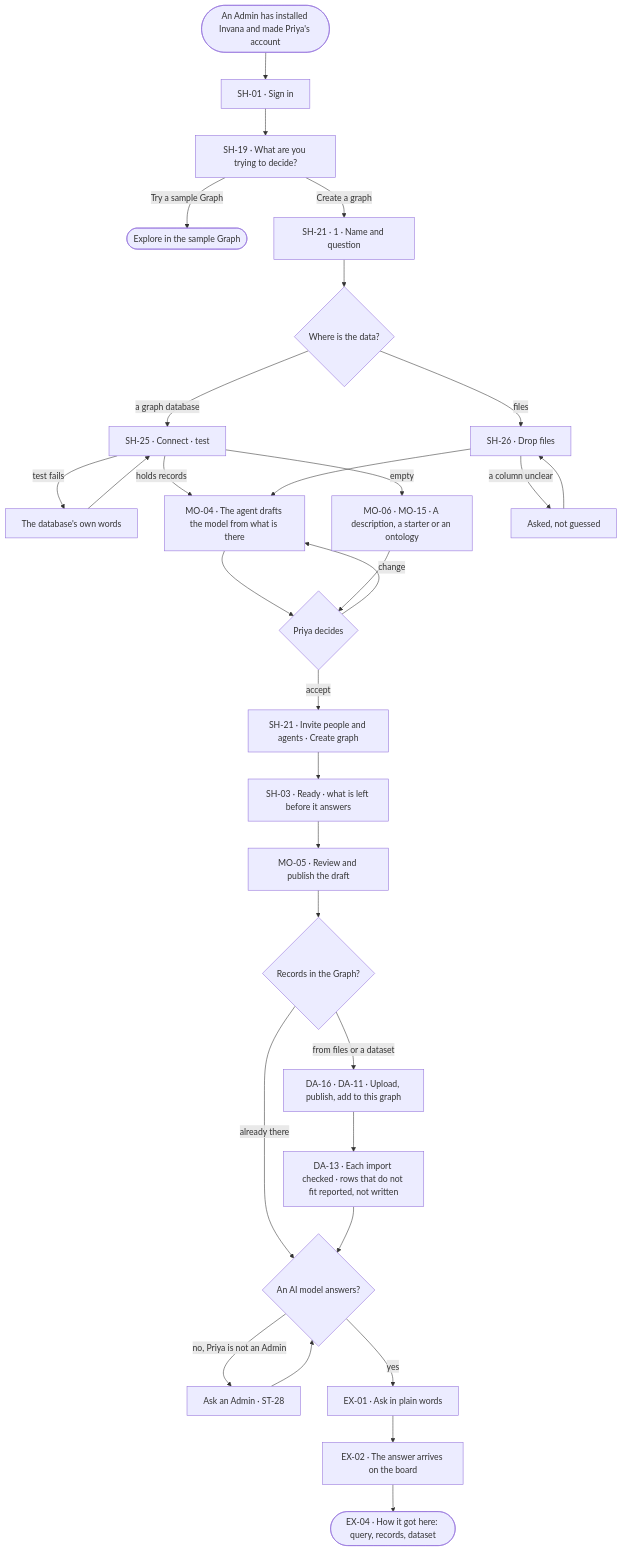
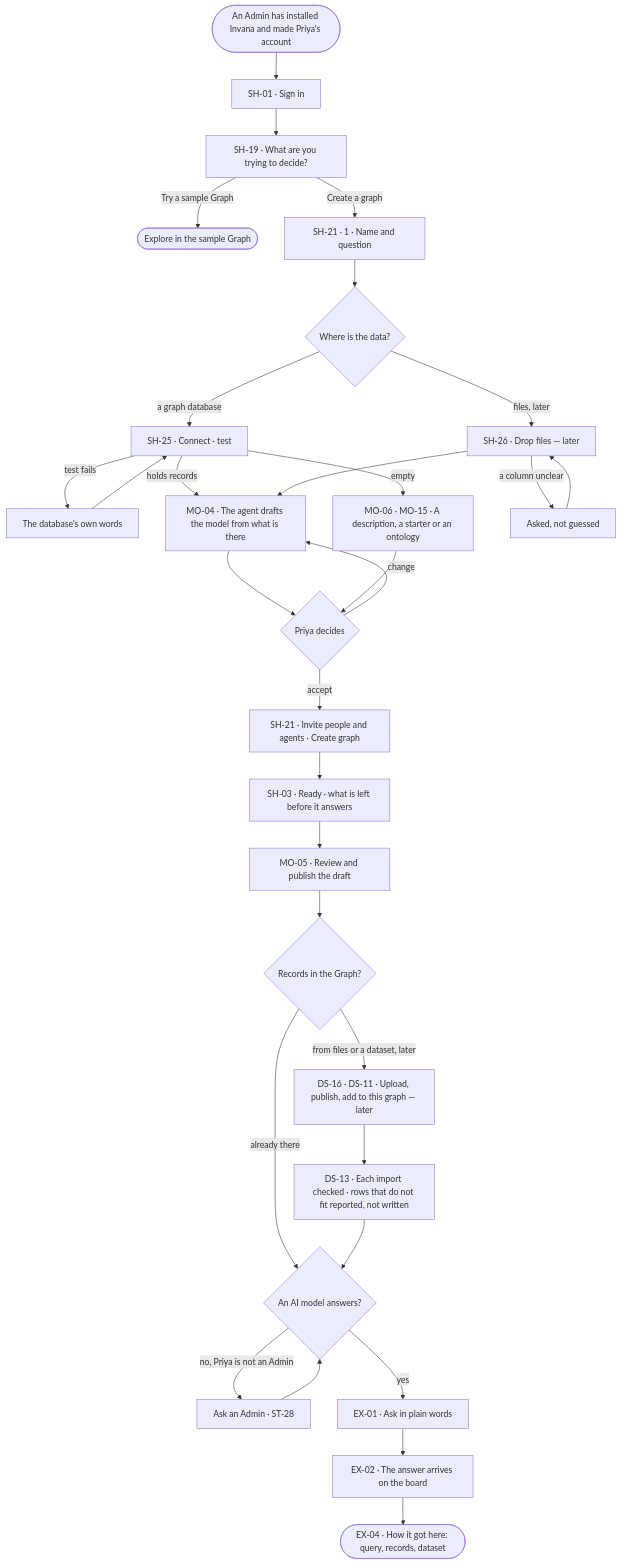
One commit to invana/invana changed the diagram in specs/journeys/J01-from-an-empty-install-to-a-first-answer.md. Above: the diagram before and after it, drawn with Mermaid. The commit also changed other lines of this file and 425 other files, not shown here.

````diff
--- a/specs/journeys/J01-from-an-empty-install-to-a-first-answer.md
+++ b/specs/journeys/J01-from-an-empty-install-to-a-first-answer.md
@@ -16,30 +16,30 @@
 ```mermaid
 flowchart TD
   A([An Admin has installed Invana and made Priya's account]) --> B["SH-01 · Sign in"]
   B --> C["SH-19 · What are you trying to decide?"]
   C -->|Try a sample Graph| SG(["Explore in the sample Graph"])
   C -->|Create a graph| D["SH-21 · 1 · Name and question"]
   D --> E{"Where is the data?"}
   E -->|a graph database| F["SH-25 · Connect · test"]
-  E -->|files| G["SH-26 · Drop files"]
+  E -->|files, later| G["SH-26 · Drop files — later"]
   F -->|test fails| F1["The database's own words"] --> F
   F -->|holds records| H["MO-04 · The agent drafts the model from what is there"]
   F -->|empty| H2["MO-06 · MO-15 · A description, a starter or an ontology"]
   G -->|a column unclear| G1["Asked, not guessed"] --> G
   G --> H
   H --> I{"Priya decides"}
   H2 --> I
   I -->|change| H
   I -->|accept| J["SH-21 · Invite people and agents · Create graph"]
   J --> K["SH-03 · Ready · what is left before it answers"]
   K --> L["MO-05 · Review and publish the draft"]
   L --> M{"Records in the Graph?"}
   M -->|already there| N
-  M -->|from files or a dataset| M1["DA-16 · DA-11 · Upload, publish, add to this graph"]
-  M1 --> M2["DA-13 · Each import checked · rows that do not fit reported, not written"]
+  M -->|from files or a dataset, later| M1["DS-16 · DS-11 · Upload, publish, add to this graph — later"]
+  M1 --> M2["DS-13 · Each import checked · rows that do not fit reported, not written"]
   M2 --> N{"An AI model answers?"}
   N -->|no, Priya is not an Admin| N1["Ask an Admin · ST-28"] --> N
   N -->|yes| O["EX-01 · Ask in plain words"]
   O --> P["EX-02 · The answer arrives on the board"]
   P --> Q(["EX-04 · How it got here: query, records, dataset"])
 ```
````
